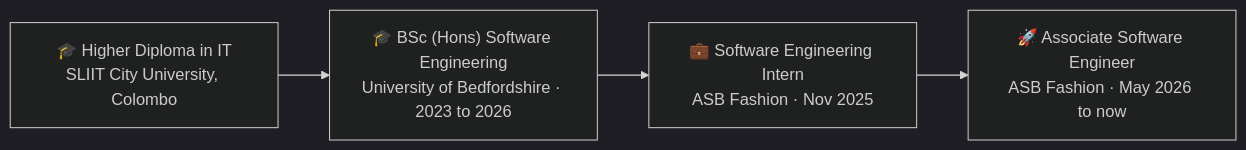
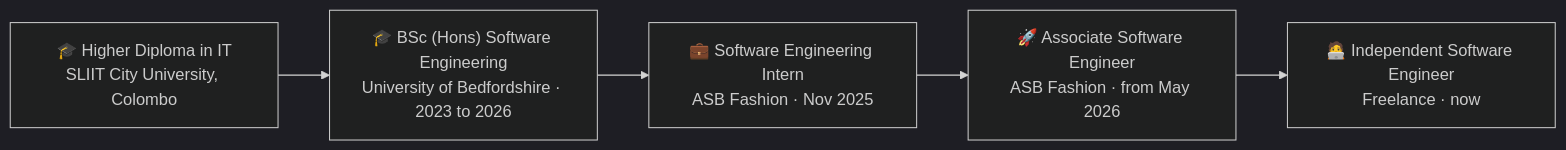
One commit to kavizzz03/kavizzz03 changed the fourth of 4 diagrams in README.md. Above: the diagram before and after it, drawn with Mermaid (dark theme). The commit also changed other lines of this file, not shown here.

````diff
--- a/README.md
+++ b/README.md
@@ -319,6 +320,7 @@
 ```mermaid
 flowchart LR
     A["🎓 Higher Diploma in IT<br/>SLIIT City University, Colombo"] --> B["🎓 BSc (Hons) Software Engineering<br/>University of Bedfordshire · 2023 to 2026"]
     B --> C["💼 Software Engineering Intern<br/>ASB Fashion · Nov 2025"]
-    C --> D["🚀 Associate Software Engineer<br/>ASB Fashion · May 2026 to now"]
+    C --> D["🚀 Associate Software Engineer<br/>ASB Fashion · from May 2026"]
+    D --> E["🧑‍💻 Independent Software Engineer<br/>Freelance · now"]
 ```
````
